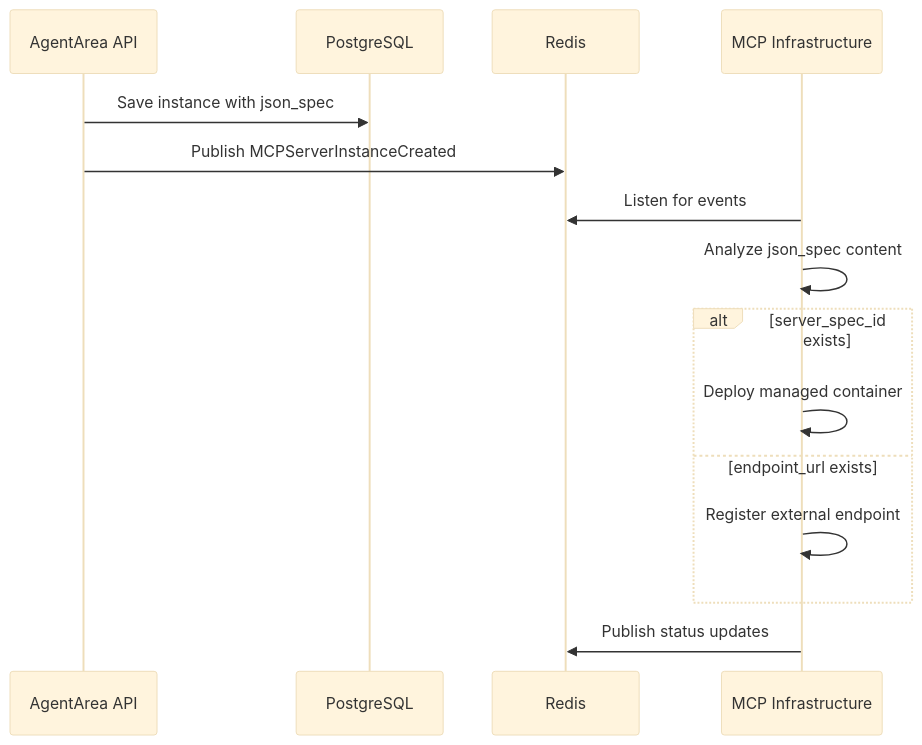
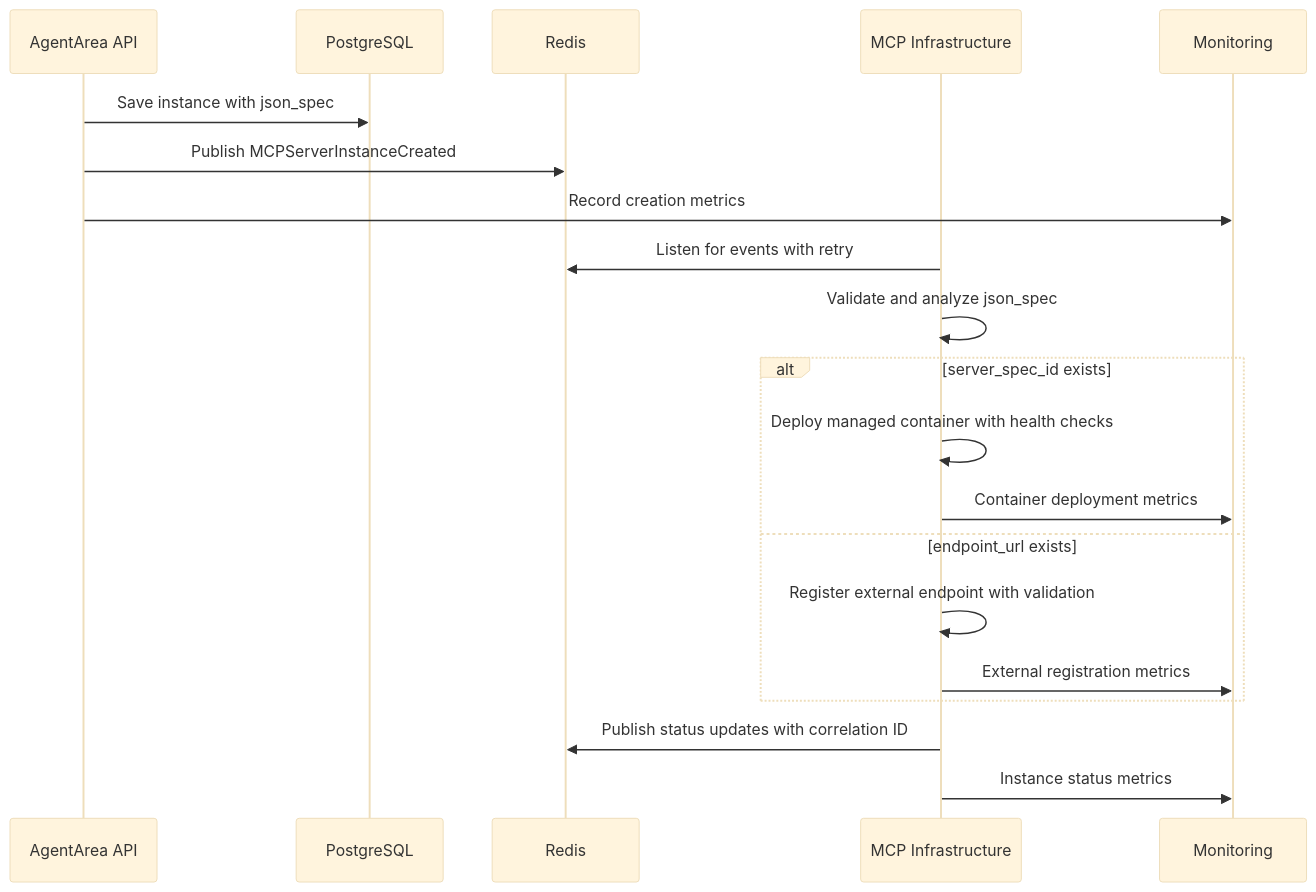
One commit to agentarea/agentarea changed the diagram in docs/architecture_insights.md. Above: the diagram before and after it, drawn with Mermaid (base theme). The commit also changed other lines of this file and 123 other files, not shown here.

````diff
--- a/docs/architecture_insights.md
+++ b/docs/architecture_insights.md
@@ -135,18 +147,23 @@
 ```mermaid
 sequenceDiagram
     participant API as AgentArea API
     participant DB as PostgreSQL
     participant Redis as Redis
     participant MCP as MCP Infrastructure
+    participant Monitor as Monitoring
     
     API->>DB: Save instance with json_spec
     API->>Redis: Publish MCPServerInstanceCreated
-    MCP->>Redis: Listen for events
-    MCP->>MCP: Analyze json_spec content
+    API->>Monitor: Record creation metrics
+    MCP->>Redis: Listen for events with retry
+    MCP->>MCP: Validate and analyze json_spec
     alt server_spec_id exists
-        MCP->>MCP: Deploy managed container
+        MCP->>MCP: Deploy managed container with health checks
+        MCP->>Monitor: Container deployment metrics
     else endpoint_url exists
-        MCP->>MCP: Register external endpoint
+        MCP->>MCP: Register external endpoint with validation
+        MCP->>Monitor: External registration metrics
     end
-    MCP->>Redis: Publish status updates
+    MCP->>Redis: Publish status updates with correlation ID
+    MCP->>Monitor: Instance status metrics
 ```
````
